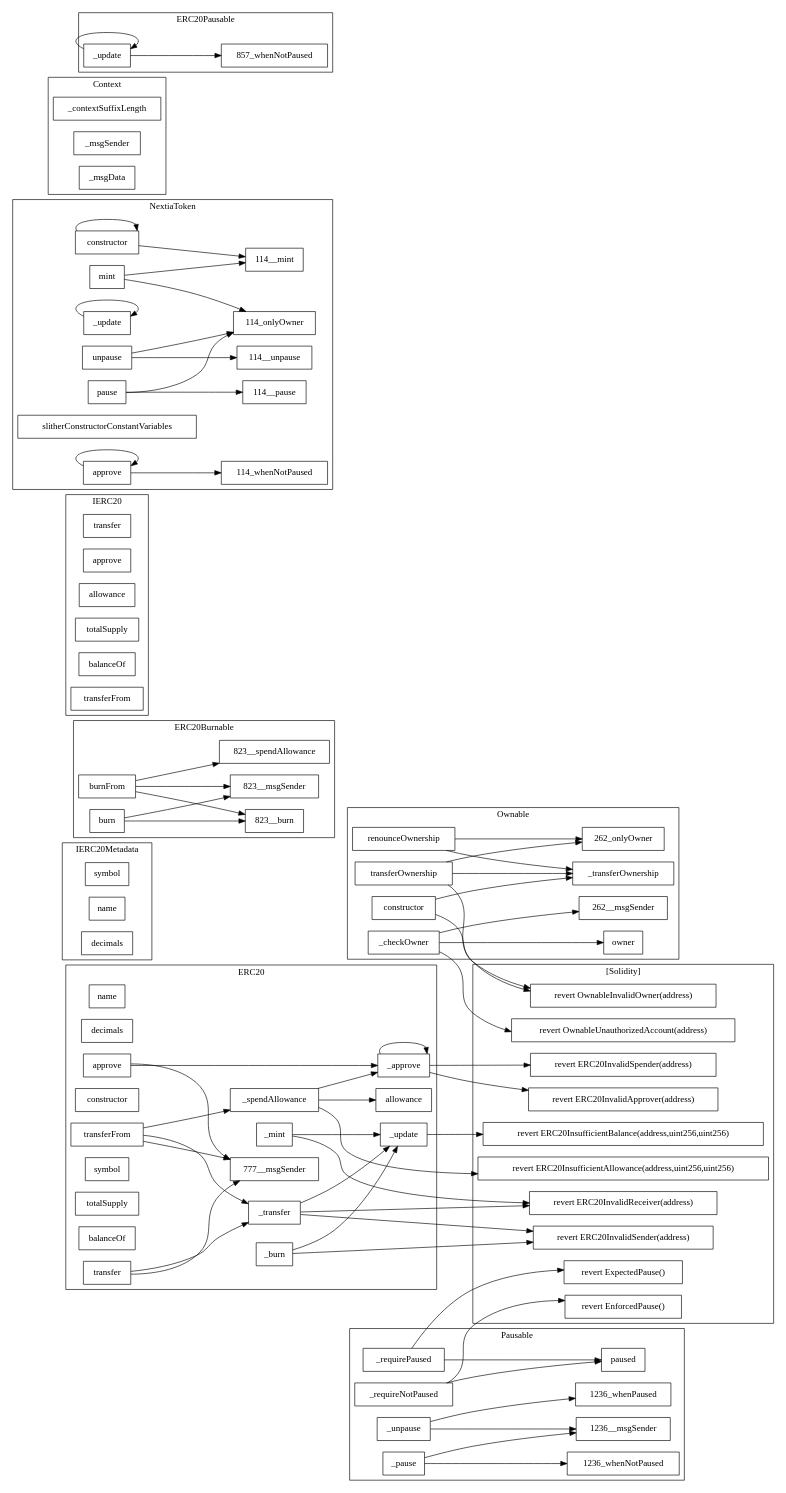
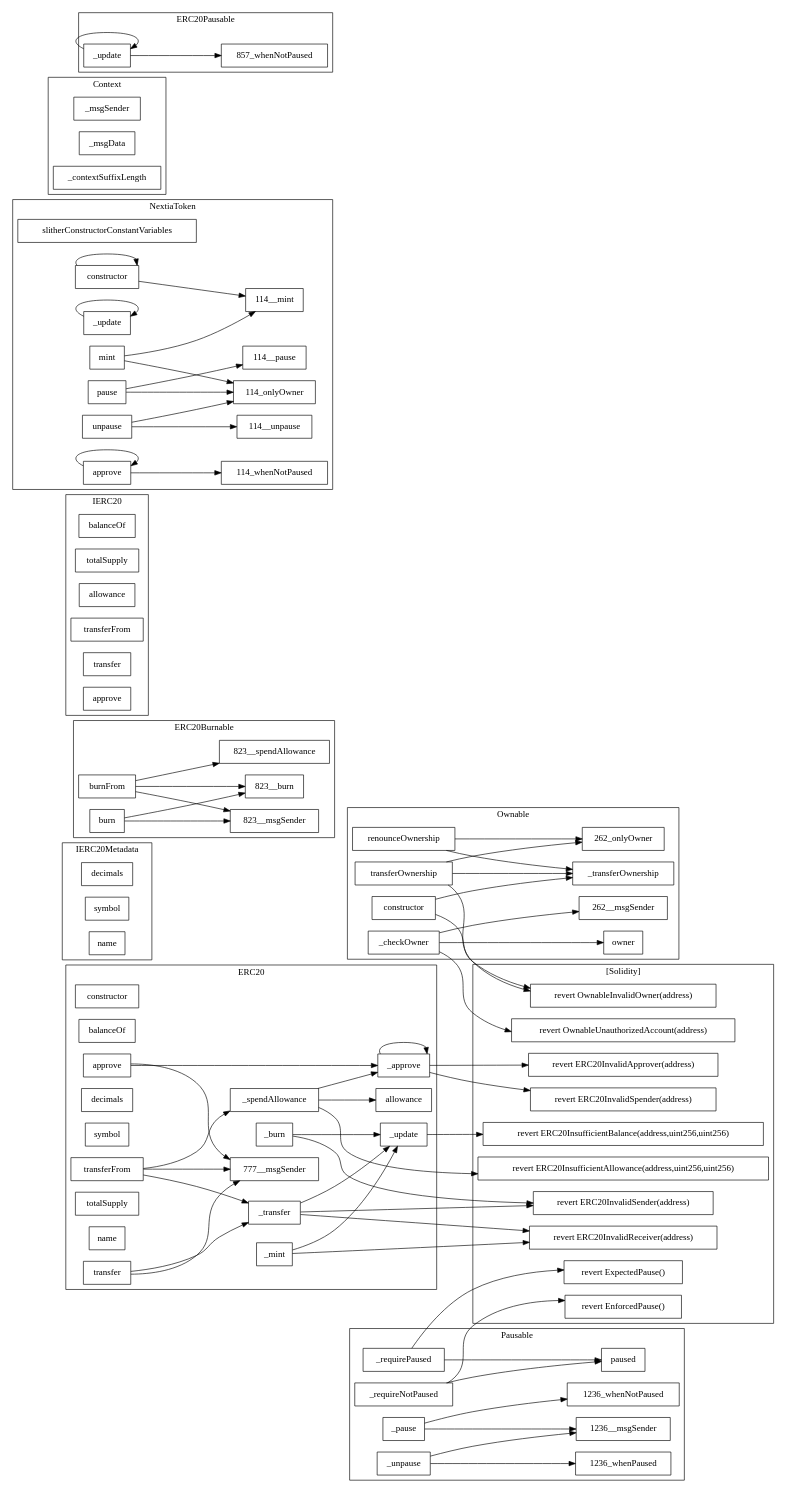
One commit to NextiaSensei/NextiaToken changed the diagram in contracts/NextiaToken.sol.NextiaToken.call-graph.dot. Above: the diagram before and after it, drawn with Graphviz. The commit also changed other lines of this file and 11 other files, not shown here.

```diff
--- a/contracts/NextiaToken.sol.NextiaToken.call-graph.dot
+++ b/contracts/NextiaToken.sol.NextiaToken.call-graph.dot
@@ -1,141 +1,141 @@
 strict digraph {
 rankdir="LR"
 node [shape=box]
 subgraph cluster_262_Ownable {
 label = "Ownable"
+"262_constructor" [label="constructor"]
 "262_owner" [label="owner"]
+"262__transferOwnership" [label="_transferOwnership"]
+"262_transferOwnership" [label="transferOwnership"]
+"262__checkOwner" [label="_checkOwner"]
 "262_renounceOwnership" [label="renounceOwnership"]
-"262__transferOwnership" [label="_transferOwnership"]
-"262__checkOwner" [label="_checkOwner"]
-"262_transferOwnership" [label="transferOwnership"]
-"262_constructor" [label="constructor"]
-"262__checkOwner" -> "262_owner"
-"262_constructor" -> "262__transferOwnership"
-"262_renounceOwnership" -> "262_onlyOwner"
-"262_transferOwnership" -> "262__transferOwnership"
 "262_renounceOwnership" -> "262__transferOwnership"
 "262__checkOwner" -> "262__msgSender"
+"262_transferOwnership" -> "262__transferOwnership"
+"262_renounceOwnership" -> "262_onlyOwner"
 "262_transferOwnership" -> "262_onlyOwner"
+"262_constructor" -> "262__transferOwnership"
+"262__checkOwner" -> "262_owner"
 }subgraph cluster_1128_IERC20Metadata {
 label = "IERC20Metadata"
+"1128_decimals" [label="decimals"]
 "1128_symbol" [label="symbol"]
 "1128_name" [label="name"]
-"1128_decimals" [label="decimals"]
 }subgraph cluster_777_ERC20 {
 label = "ERC20"
-"777__mint" [label="_mint"]
-"777_name" [label="name"]
+"777_constructor" [label="constructor"]
+"777_balanceOf" [label="balanceOf"]
+"777_transferFrom" [label="transferFrom"]
 "777_decimals" [label="decimals"]
-"777_transfer" [label="transfer"]
-"777_constructor" [label="constructor"]
+"777__approve" [label="_approve"]
+"777_allowance" [label="allowance"]
+"777__spendAllowance" [label="_spendAllowance"]
+"777_symbol" [label="symbol"]
+"777_approve" [label="approve"]
+"777__transfer" [label="_transfer"]
+"777_totalSupply" [label="totalSupply"]
 "777__update" [label="_update"]
 "777__burn" [label="_burn"]
-"777_approve" [label="approve"]
-"777_symbol" [label="symbol"]
-"777_totalSupply" [label="totalSupply"]
-"777_balanceOf" [label="balanceOf"]
-"777__transfer" [label="_transfer"]
-"777__spendAllowance" [label="_spendAllowance"]
-"777_allowance" [label="allowance"]
-"777__approve" [label="_approve"]
-"777_transferFrom" [label="transferFrom"]
+"777_name" [label="name"]
+"777__mint" [label="_mint"]
+"777_transfer" [label="transfer"]
+"777_transfer" -> "777__msgSender"
 "777__spendAllowance" -> "777_allowance"
+"777_approve" -> "777__msgSender"
+"777_transfer" -> "777__transfer"
+"777__mint" -> "777__update"
+"777_transferFrom" -> "777__spendAllowance"
 "777__transfer" -> "777__update"
-"777__mint" -> "777__update"
+"777__burn" -> "777__update"
+"777__approve" -> "777__approve"
+"777_approve" -> "777__approve"
 "777__spendAllowance" -> "777__approve"
 "777_transferFrom" -> "777__transfer"
-"777_approve" -> "777__approve"
-"777_transferFrom" -> "777__spendAllowance"
-"777_transfer" -> "777__transfer"
 "777_transferFrom" -> "777__msgSender"
-"777__approve" -> "777__approve"
-"777_transfer" -> "777__msgSender"
-"777_approve" -> "777__msgSender"
-"777__burn" -> "777__update"
 }subgraph cluster_823_ERC20Burnable {
 label = "ERC20Burnable"
 "823_burnFrom" [label="burnFrom"]
 "823_burn" [label="burn"]
-"823_burn" -> "823__burn"
+"823_burn" -> "823__msgSender"
 "823_burnFrom" -> "823__msgSender"
 "823_burnFrom" -> "823__burn"
-"823_burn" -> "823__msgSender"
+"823_burn" -> "823__burn"
 "823_burnFrom" -> "823__spendAllowance"
 }subgraph cluster_1102_IERC20 {
 label = "IERC20"
+"1102_balanceOf" [label="balanceOf"]
+"1102_totalSupply" [label="totalSupply"]
+"1102_allowance" [label="allowance"]
+"1102_transferFrom" [label="transferFrom"]
 "1102_transfer" [label="transfer"]
 "1102_approve" [label="approve"]
-"1102_allowance" [label="allowance"]
-"1102_totalSupply" [label="totalSupply"]
-"1102_balanceOf" [label="balanceOf"]
-"1102_transferFrom" [label="transferFrom"]
 }subgraph cluster_114_NextiaToken {
 label = "NextiaToken"
-"114_unpause" [label="unpause"]
-"114_constructor" [label="constructor"]
+"114_slitherConstructorConstantVariables" [label="slitherConstructorConstantVariables"]
+"114_mint" [label="mint"]
 "114__update" [label="_update"]
 "114_pause" [label="pause"]
-"114_mint" [label="mint"]
-"114_slitherConstructorConstantVariables" [label="slitherConstructorConstantVariables"]
+"114_constructor" [label="constructor"]
+"114_unpause" [label="unpause"]
 "114_approve" [label="approve"]
+"114_pause" -> "114__pause"
+"114_unpause" -> "114__unpause"
+"114__update" -> "114__update"
 "114_mint" -> "114_onlyOwner"
+"114_constructor" -> "114_constructor"
+"114_approve" -> "114_approve"
+"114_approve" -> "114_whenNotPaused"
+"114_pause" -> "114_onlyOwner"
 "114_mint" -> "114__mint"
-"114_unpause" -> "114__unpause"
+"114_constructor" -> "114__mint"
 "114_unpause" -> "114_onlyOwner"
-"114_pause" -> "114__pause"
-"114_pause" -> "114_onlyOwner"
-"114_constructor" -> "114_constructor"
-"114_constructor" -> "114__mint"
-"114_approve" -> "114_approve"
-"114__update" -> "114__update"
-"114_approve" -> "114_whenNotPaused"
 }subgraph cluster_1236_Pausable {
 label = "Pausable"
+"1236__requirePaused" [label="_requirePaused"]
+"1236_paused" [label="paused"]
+"1236__pause" [label="_pause"]
 "1236__unpause" [label="_unpause"]
 "1236__requireNotPaused" [label="_requireNotPaused"]
-"1236_paused" [label="paused"]
-"1236__pause" [label="_pause"]
-"1236__requirePaused" [label="_requirePaused"]
 "1236__requirePaused" -> "1236_paused"
 "1236__requireNotPaused" -> "1236_paused"
+"1236__unpause" -> "1236_whenPaused"
+"1236__pause" -> "1236_whenNotPaused"
 "1236__unpause" -> "1236__msgSender"
-"1236__pause" -> "1236_whenNotPaused"
 "1236__pause" -> "1236__msgSender"
-"1236__unpause" -> "1236_whenPaused"
 }subgraph cluster_887_Context {
 label = "Context"
-"887__contextSuffixLength" [label="_contextSuffixLength"]
 "887__msgSender" [label="_msgSender"]
 "887__msgData" [label="_msgData"]
+"887__contextSuffixLength" [label="_contextSuffixLength"]
 }subgraph cluster_857_ERC20Pausable {
 label = "ERC20Pausable"
 "857__update" [label="_update"]
+"857__update" -> "857_whenNotPaused"
 "857__update" -> "857__update"
-"857__update" -> "857_whenNotPaused"
 }subgraph cluster_solidity {
 label = "[Solidity]"
+"revert ERC20InsufficientBalance(address,uint256,uint256)" 
+"revert EnforcedPause()" 
 "revert ERC20InvalidSender(address)" 
-"revert ERC20InvalidSpender(address)" 
+"revert ERC20InsufficientAllowance(address,uint256,uint256)" 
+"revert ERC20InvalidApprover(address)" 
 "revert ERC20InvalidReceiver(address)" 
+"revert OwnableUnauthorizedAccount(address)" 
 "revert ExpectedPause()" 
 "revert OwnableInvalidOwner(address)" 
-"revert OwnableUnauthorizedAccount(address)" 
-"revert ERC20InsufficientBalance(address,uint256,uint256)" 
-"revert ERC20InvalidApprover(address)" 
-"revert ERC20InsufficientAllowance(address,uint256,uint256)" 
-"revert EnforcedPause()" 
+"revert ERC20InvalidSpender(address)" 
+"262_transferOwnership" -> "revert OwnableInvalidOwner(address)"
+"262_constructor" -> "revert OwnableInvalidOwner(address)"
+"777__mint" -> "revert ERC20InvalidReceiver(address)"
+"777__transfer" -> "revert ERC20InvalidSender(address)"
+"777__transfer" -> "revert ERC20InvalidReceiver(address)"
+"777__approve" -> "revert ERC20InvalidApprover(address)"
+"1236__requireNotPaused" -> "revert EnforcedPause()"
+"777__spendAllowance" -> "revert ERC20InsufficientAllowance(address,uint256,uint256)"
+"777__approve" -> "revert ERC20InvalidSpender(address)"
+"777__burn" -> "revert ERC20InvalidSender(address)"
+"1236__requirePaused" -> "revert ExpectedPause()"
 "777__update" -> "revert ERC20InsufficientBalance(address,uint256,uint256)"
-"777__approve" -> "revert ERC20InvalidSpender(address)"
-"777__approve" -> "revert ERC20InvalidApprover(address)"
-"262_constructor" -> "revert OwnableInvalidOwner(address)"
-"1236__requirePaused" -> "revert ExpectedPause()"
 "262__checkOwner" -> "revert OwnableUnauthorizedAccount(address)"
-"1236__requireNotPaused" -> "revert EnforcedPause()"
-"777__burn" -> "revert ERC20InvalidSender(address)"
-"777__spendAllowance" -> "revert ERC20InsufficientAllowance(address,uint256,uint256)"
-"777__mint" -> "revert ERC20InvalidReceiver(address)"
-"777__transfer" -> "revert ERC20InvalidReceiver(address)"
-"777__transfer" -> "revert ERC20InvalidSender(address)"
-"262_transferOwnership" -> "revert OwnableInvalidOwner(address)"
 }
 }
```
